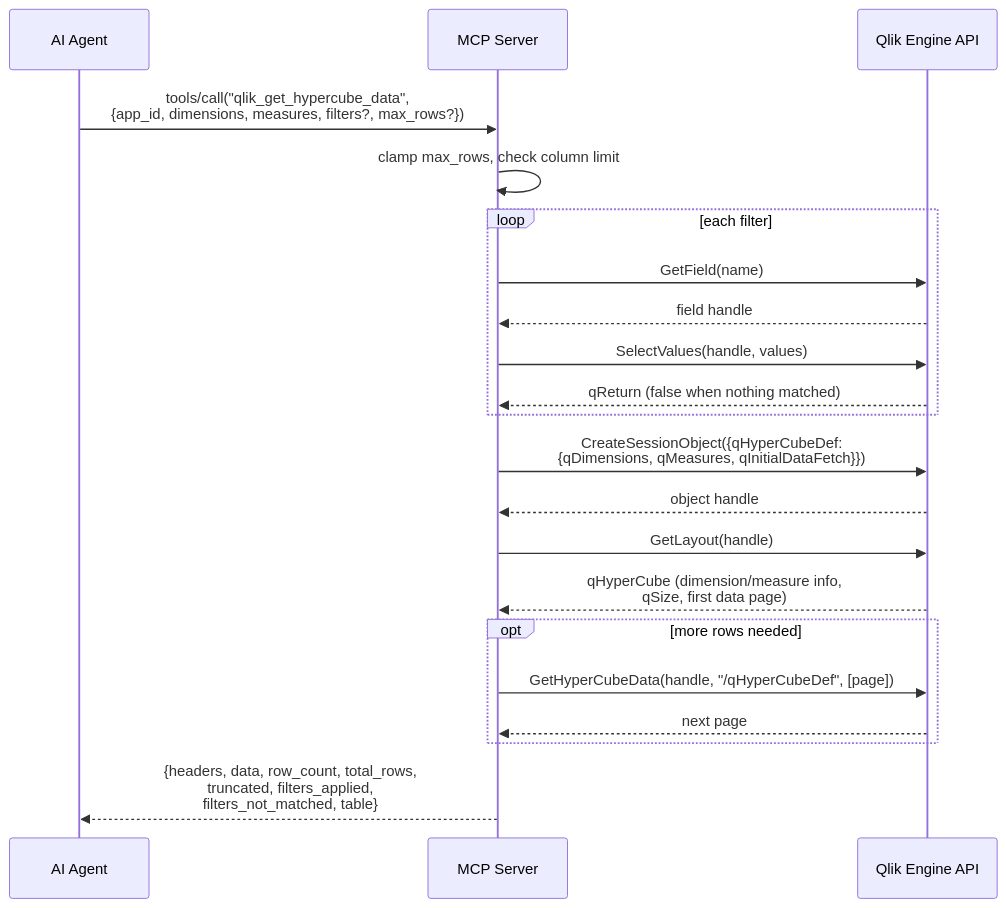
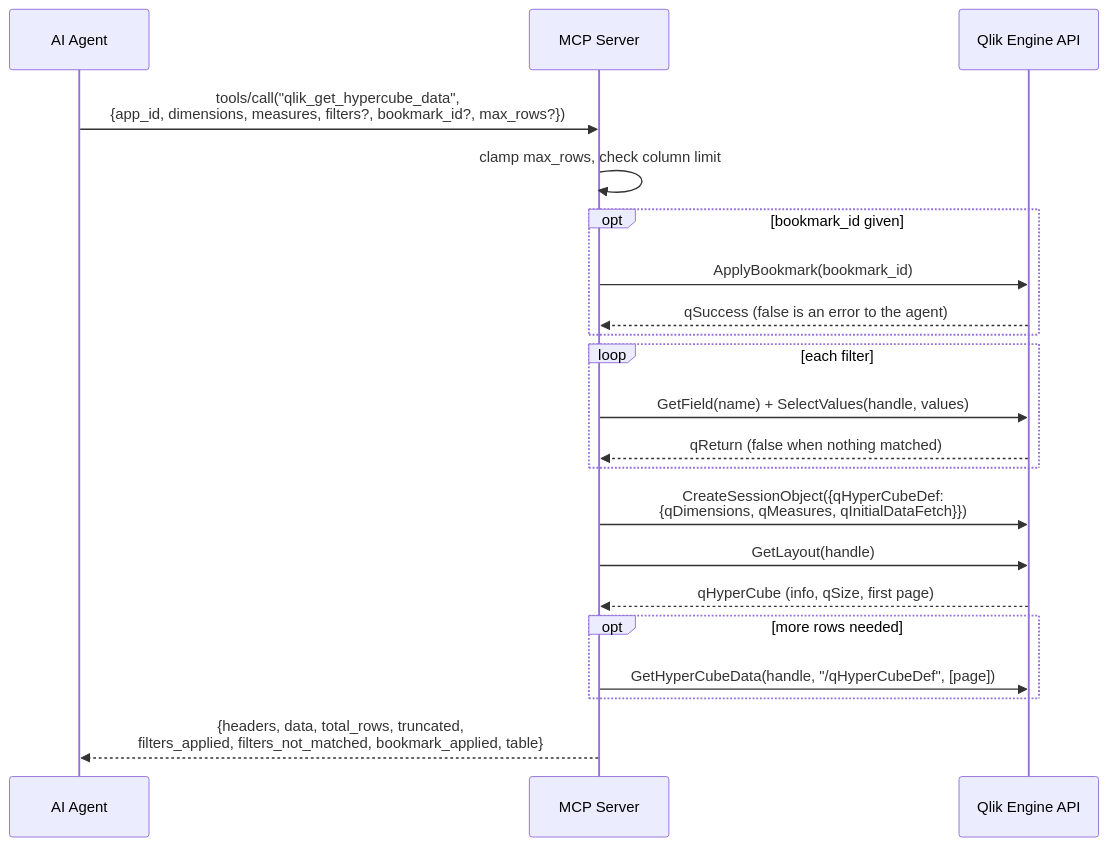
Before and after one commit to ssevera1/Qlik-Cloud-MCP-Server: the ninth of 10 diagrams in design/c4-diagrams/c3-component.md, drawn with Mermaid. The commit also changed other lines of this file and 32 other files, not shown here.

````diff
--- a/design/c4-diagrams/c3-component.md
+++ b/design/c4-diagrams/c3-component.md
@@ -127,28 +206,28 @@
 ```mermaid
 sequenceDiagram
     participant Agent as AI Agent
     participant MCP as MCP Server
     participant Engine as Qlik Engine API
 
-    Agent->>MCP: tools/call("qlik_get_hypercube_data",<br/>{app_id, dimensions, measures, filters?, max_rows?})
+    Agent->>MCP: tools/call("qlik_get_hypercube_data",<br/>{app_id, dimensions, measures, filters?, bookmark_id?, max_rows?})
     MCP->>MCP: clamp max_rows, check column limit
 
+    opt bookmark_id given
+        MCP->>Engine: ApplyBookmark(bookmark_id)
+        Engine-->>MCP: qSuccess (false is an error to the agent)
+    end
+
     loop each filter
-        MCP->>Engine: GetField(name)
-        Engine-->>MCP: field handle
-        MCP->>Engine: SelectValues(handle, values)
+        MCP->>Engine: GetField(name) + SelectValues(handle, values)
         Engine-->>MCP: qReturn (false when nothing matched)
     end
 
     MCP->>Engine: CreateSessionObject({qHyperCubeDef:<br/>{qDimensions, qMeasures, qInitialDataFetch}})
-    Engine-->>MCP: object handle
     MCP->>Engine: GetLayout(handle)
-    Engine-->>MCP: qHyperCube (dimension/measure info,<br/>qSize, first data page)
-
+    Engine-->>MCP: qHyperCube (info, qSize, first page)
     opt more rows needed
         MCP->>Engine: GetHyperCubeData(handle, "/qHyperCubeDef", [page])
-        Engine-->>MCP: next page
     end
 
-    MCP-->>Agent: {headers, data, row_count, total_rows,<br/>truncated, filters_applied,<br/>filters_not_matched, table}
+    MCP-->>Agent: {headers, data, total_rows, truncated,<br/>filters_applied, filters_not_matched, bookmark_applied, table}
 ```
````
